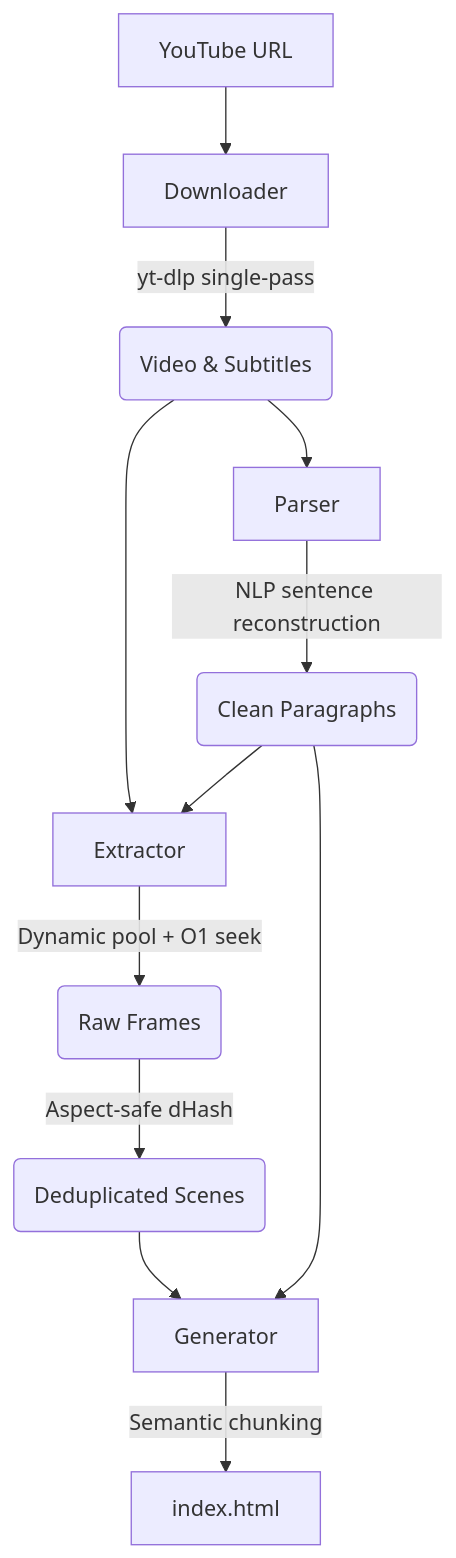
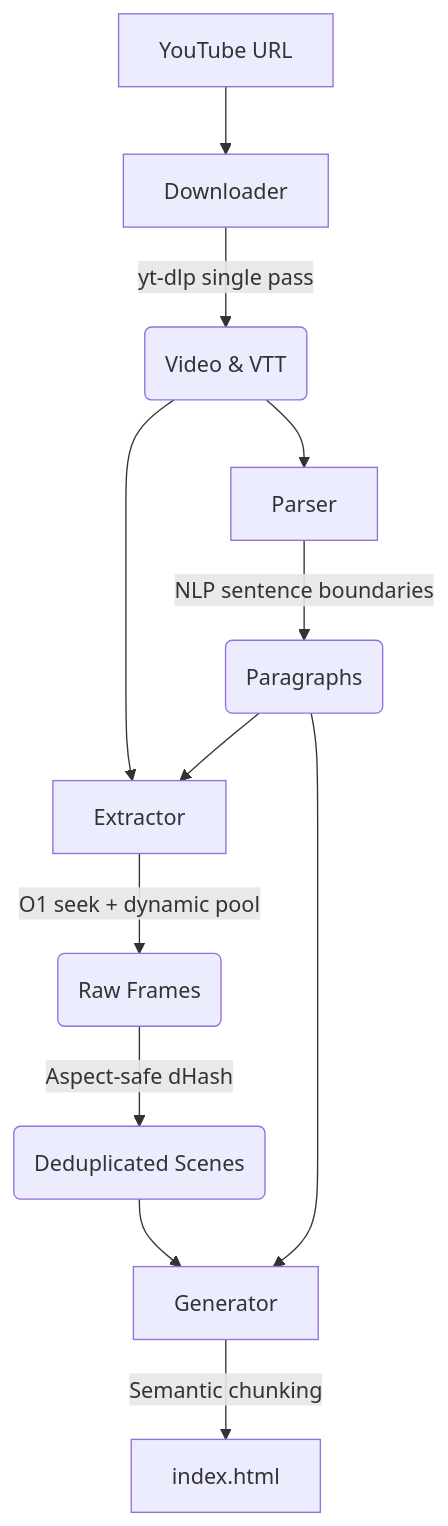
Before and after one commit to abstraction/youtube.txt: the diagram in README.md, drawn with Mermaid. The commit also changed other lines of this file, not shown here.

````diff
--- a/README.md
+++ b/README.md
@@ -69,17 +135,17 @@
 ```mermaid
 flowchart TD
     A[YouTube URL] --> B[Downloader]
-    B --> |yt-dlp single-pass| C(Video & Subtitles)
+    B --> |yt-dlp single pass| C(Video & VTT)
 
     C --> D[Parser]
-    D --> |NLP sentence reconstruction| E(Clean Paragraphs)
+    D --> |NLP sentence boundaries| E(Paragraphs)
 
     C --> F[Extractor]
     E --> F
-    F --> |Dynamic pool + O1 seek| G(Raw Frames)
+    F --> |O1 seek + dynamic pool| G(Raw Frames)
     G --> |Aspect-safe dHash| H(Deduplicated Scenes)
 
     H --> I[Generator]
     E --> I
     I --> |Semantic chunking| J[index.html]
 ```
````
